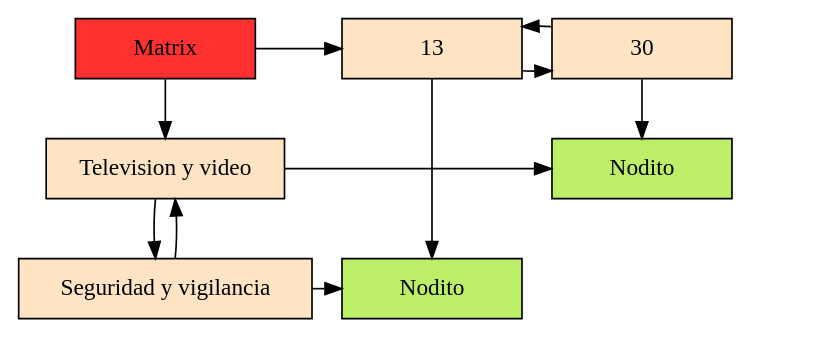
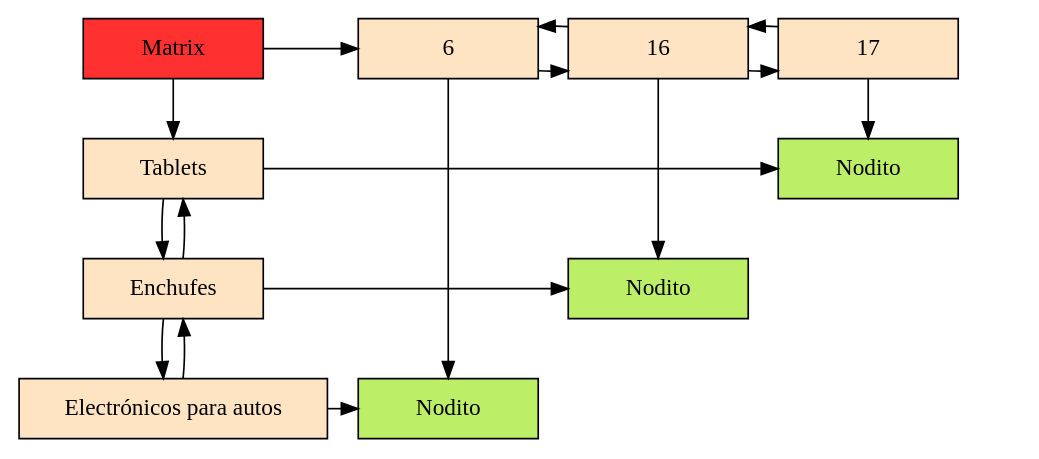
Before and after one commit to JAlvarez9/EDD_VirtualMall_201900528: the diagram in EDD_VirtualMall/Backend/Dots/matriz.dot, drawn with Graphviz. The commit also changed 15 other files, not shown here.

```diff
--- a/EDD_VirtualMall/Backend/Dots/matriz.dot
+++ b/EDD_VirtualMall/Backend/Dots/matriz.dot
@@ -1,25 +1,35 @@
 digraph G{ 
 node [shape=box] 
  Mt[ label = "Matrix", width = 1.5, style = filled, fillcolor = firebrick1, group = 1 ]; 
 e0[ shape = point, width = 0 ]; 
 e1[ shape = point, width = 0 ]; 
-node0xc000113020 [label = "Television y video"    width = 1.5 style = filled, fillcolor = bisque1, group = 1 ]; 
-node0xc000113020 -> node0xc000112f60; 
-node0xc000112f60 -> node0xc000113020; 
-node0xc000112f60 [label = "Seguridad y vigilancia"    width = 1.5 style = filled, fillcolor = bisque1, group = 1 ]; 
-node0xc0000e0c80 [label = "13"    width = 1.5 style = filled, fillcolor = bisque1, group = 2 ]; 
-node0xc0000e0c80 -> node0xc0000e0cd0; 
-node0xc0000e0cd0 -> node0xc0000e0c80; 
-node0xc0000e0cd0 [label = "30"    width = 1.5 style = filled, fillcolor = bisque1, group = 3 ]; 
-Mt -> node0xc000113020 
-Mt -> node0xc0000e0c80 
-{ rank = same; Mt;  node0xc0000e0c80;node0xc0000e0cd0;} 
-node0xc0000e0c80 -> node0xc00016e8f0; 
-node0xc00016e8f0 [label = "Nodito" style = filled, fillcolor = darkolivegreen2	 width = 1.5, group = 2 ]; 
-node0xc0000e0cd0 -> node0xc00016e9c0; 
-node0xc00016e9c0 [label = "Nodito" style = filled, fillcolor = darkolivegreen2	 width = 1.5, group = 3 ]; 
-node0xc000113020 -> node0xc00016e9c0; 
-node0xc000112f60 -> node0xc00016e8f0; 
-{ rank = same; node0xc000113020; node0xc00016e9c0;} 
-{ rank = same; node0xc000112f60; node0xc00016e8f0;} 
+node0xc000057020 [label = "Tablets"    width = 1.5 style = filled, fillcolor = bisque1, group = 1 ]; 
+node0xc000057020 -> node0xc00008f620; 
+node0xc00008f620 -> node0xc000057020; 
+node0xc00008f620 [label = "Enchufes"    width = 1.5 style = filled, fillcolor = bisque1, group = 1 ]; 
+node0xc00008f620 -> node0xc0002e5860; 
+node0xc0002e5860 -> node0xc00008f620; 
+node0xc0002e5860 [label = "Electrónicos para autos"    width = 1.5 style = filled, fillcolor = bisque1, group = 1 ]; 
+node0xc0002e84b0 [label = "6"    width = 1.5 style = filled, fillcolor = bisque1, group = 2 ]; 
+node0xc0002e84b0 -> node0xc000058910; 
+node0xc000058910 -> node0xc0002e84b0; 
+node0xc000058910 [label = "16"    width = 1.5 style = filled, fillcolor = bisque1, group = 3 ]; 
+node0xc000058910 -> node0xc0000593b0; 
+node0xc0000593b0 -> node0xc000058910; 
+node0xc0000593b0 [label = "17"    width = 1.5 style = filled, fillcolor = bisque1, group = 4 ]; 
+Mt -> node0xc000057020 
+Mt -> node0xc0002e84b0 
+{ rank = same; Mt;  node0xc0002e84b0;node0xc000058910;node0xc0000593b0;} 
+node0xc0002e84b0 -> node0xc0002ea9c0; 
+node0xc0002ea9c0 [label = "Nodito" style = filled, fillcolor = darkolivegreen2	 width = 1.5, group = 2 ]; 
+node0xc000058910 -> node0xc0002de340; 
+node0xc0002de340 [label = "Nodito" style = filled, fillcolor = darkolivegreen2	 width = 1.5, group = 3 ]; 
+node0xc0000593b0 -> node0xc0002dfd40; 
+node0xc0002dfd40 [label = "Nodito" style = filled, fillcolor = darkolivegreen2	 width = 1.5, group = 4 ]; 
+node0xc000057020 -> node0xc0002dfd40; 
+node0xc00008f620 -> node0xc0002de340; 
+node0xc0002e5860 -> node0xc0002ea9c0; 
+{ rank = same; node0xc000057020; node0xc0002dfd40;} 
+{ rank = same; node0xc00008f620; node0xc0002de340;} 
+{ rank = same; node0xc0002e5860; node0xc0002ea9c0;} 
 } 
```
